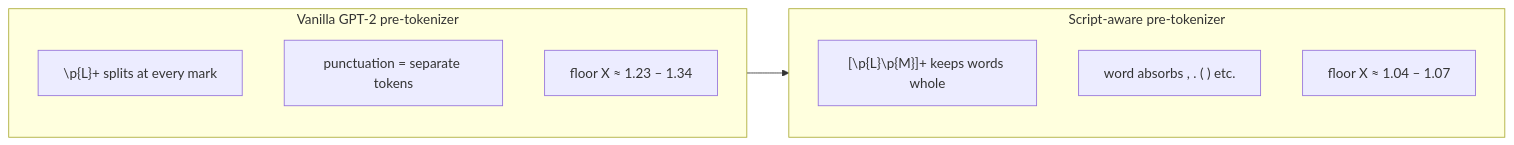
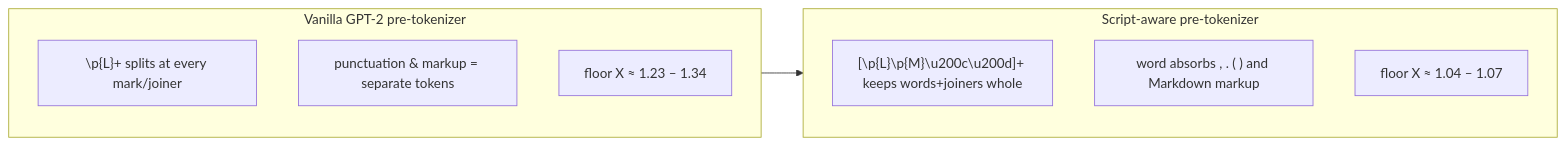
The second of 3 diagrams in README.md (saitej123/ERA-V5-Week-2), drawn with Mermaid before and after one commit. The commit also changed other lines of this file and 14 other files, not shown here.

````diff
--- a/README.md
+++ b/README.md
@@ -115,14 +133,14 @@
 ```mermaid
 flowchart LR
     subgraph before [Vanilla GPT-2 pre-tokenizer]
-        B1["\p{L}+ splits at every mark"]
-        B2["punctuation = separate tokens"]
+        B1["\p{L}+ splits at every mark/joiner"]
+        B2["punctuation & markup = separate tokens"]
         B3["floor X ≈ 1.23 – 1.34"]
     end
     subgraph after [Script-aware pre-tokenizer]
-        A1["[\p{L}\p{M}]+ keeps words whole"]
-        A2["word absorbs , . ( ) etc."]
+        A1["[\p{L}\p{M}\u200c\u200d]+ keeps words+joiners whole"]
+        A2["word absorbs , . ( ) and Markdown markup"]
         A3["floor X ≈ 1.04 – 1.07"]
     end
     before --> after
 ```
````
